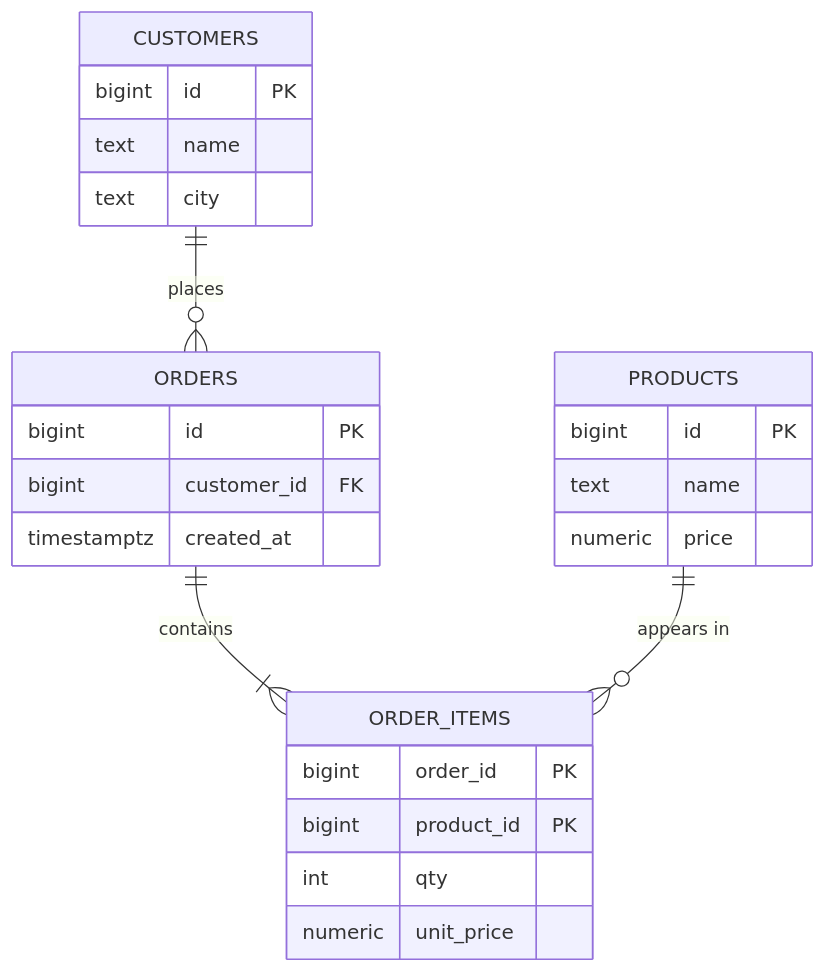
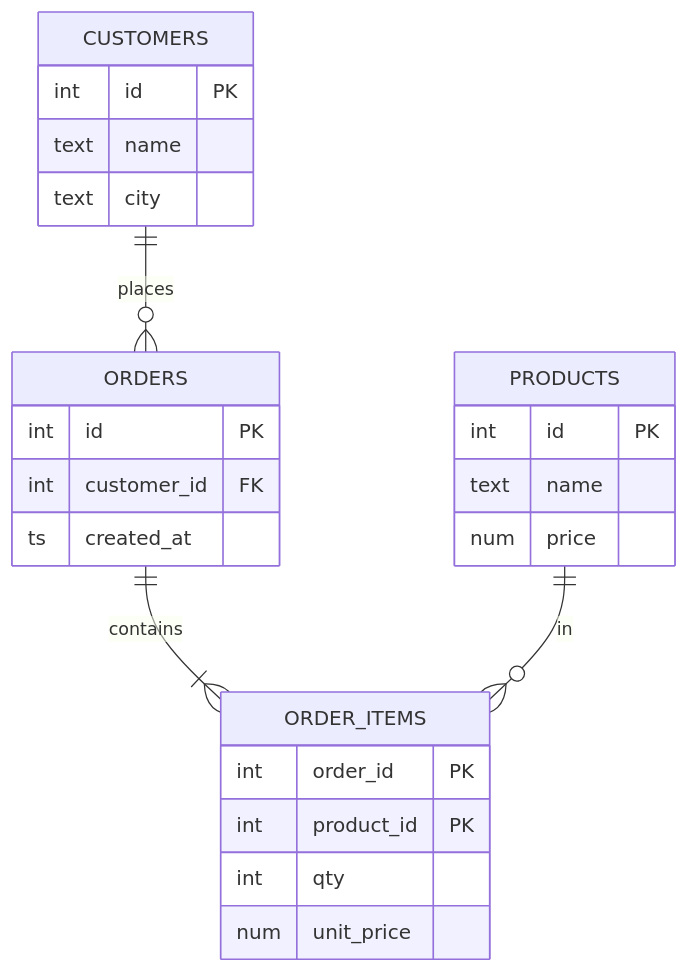
One commit to dhaval-76/engineering-field-guide changed the diagram in src/content/topics/databases/joins-normalization-window-functions/diagrams/normalized-schema.mmd. Above: the diagram before and after it, drawn with Mermaid. The commit also changed 87 other files, not shown here.

Commit message:
Databases: diagrams redrawn for phones; store choice as a decision guide; narrower sequence actors

```diff
--- a/src/content/topics/databases/joins-normalization-window-functions/diagrams/normalized-schema.mmd
+++ b/src/content/topics/databases/joins-normalization-window-functions/diagrams/normalized-schema.mmd
@@ -1,25 +1,25 @@
 erDiagram
   CUSTOMERS ||--o{ ORDERS : places
   ORDERS ||--|{ ORDER_ITEMS : contains
-  PRODUCTS ||--o{ ORDER_ITEMS : "appears in"
+  PRODUCTS ||--o{ ORDER_ITEMS : in
   CUSTOMERS {
-    bigint id PK
+    int id PK
     text name
     text city
   }
   ORDERS {
-    bigint id PK
-    bigint customer_id FK
-    timestamptz created_at
+    int id PK
+    int customer_id FK
+    ts created_at
   }
   ORDER_ITEMS {
-    bigint order_id PK
-    bigint product_id PK
+    int order_id PK
+    int product_id PK
     int qty
-    numeric unit_price
+    num unit_price
   }
   PRODUCTS {
-    bigint id PK
+    int id PK
     text name
-    numeric price
+    num price
   }
```
